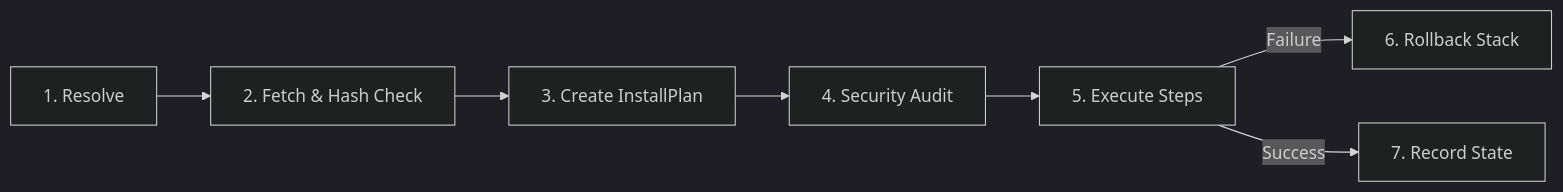
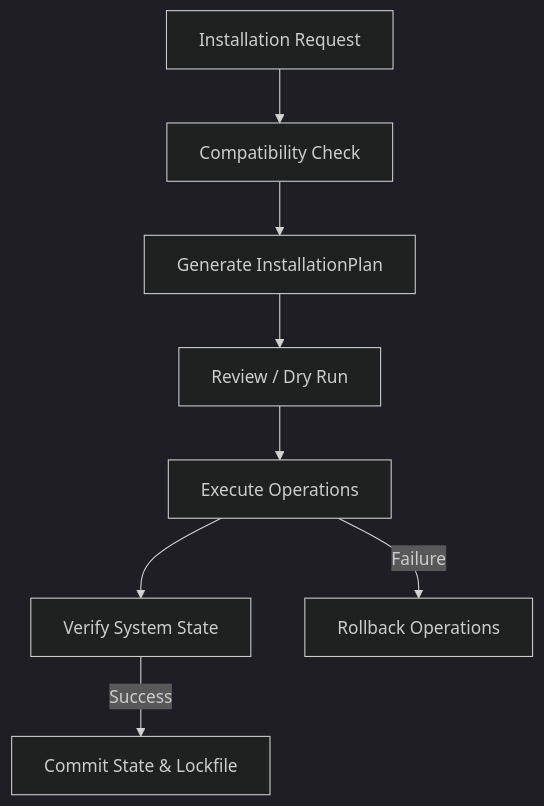
One commit to Anuj04432/AI-Add-ons-Manager changed the second of 2 diagrams in docs/ARCHITECTURE.md. Above: the diagram before and after it, drawn with Mermaid (dark theme). The commit also changed other lines of this file and 16 other files, not shown here.

Commit message:
Harden Phase 5A installation operations

````diff
--- a/docs/ARCHITECTURE.md
+++ b/docs/ARCHITECTURE.md
@@ -228,9 +228,10 @@
 ```mermaid
-graph LR
-    Resolve[1. Resolve] --> Fetch[2. Fetch & Hash Check]
-    Fetch --> Plan[3. Create InstallPlan]
-    Plan --> SecCheck[4. Security Audit]
-    SecCheck --> Exec[5. Execute Steps]
-    Exec -- Failure --> Rollback[6. Rollback Stack]
-    Exec -- Success --> Record[7. Record State]
+graph TD
+    Request[Installation Request] --> Comp[Compatibility Check]
+    Comp --> Plan[Generate InstallationPlan]
+    Plan --> DryRun[Review / Dry Run]
+    DryRun --> Exec[Execute Operations]
+    Exec --> Verify[Verify System State]
+    Verify -- Success --> Commit[Commit State & Lockfile]
+    Exec -- Failure --> Rollback[Rollback Operations]
 ```
````
